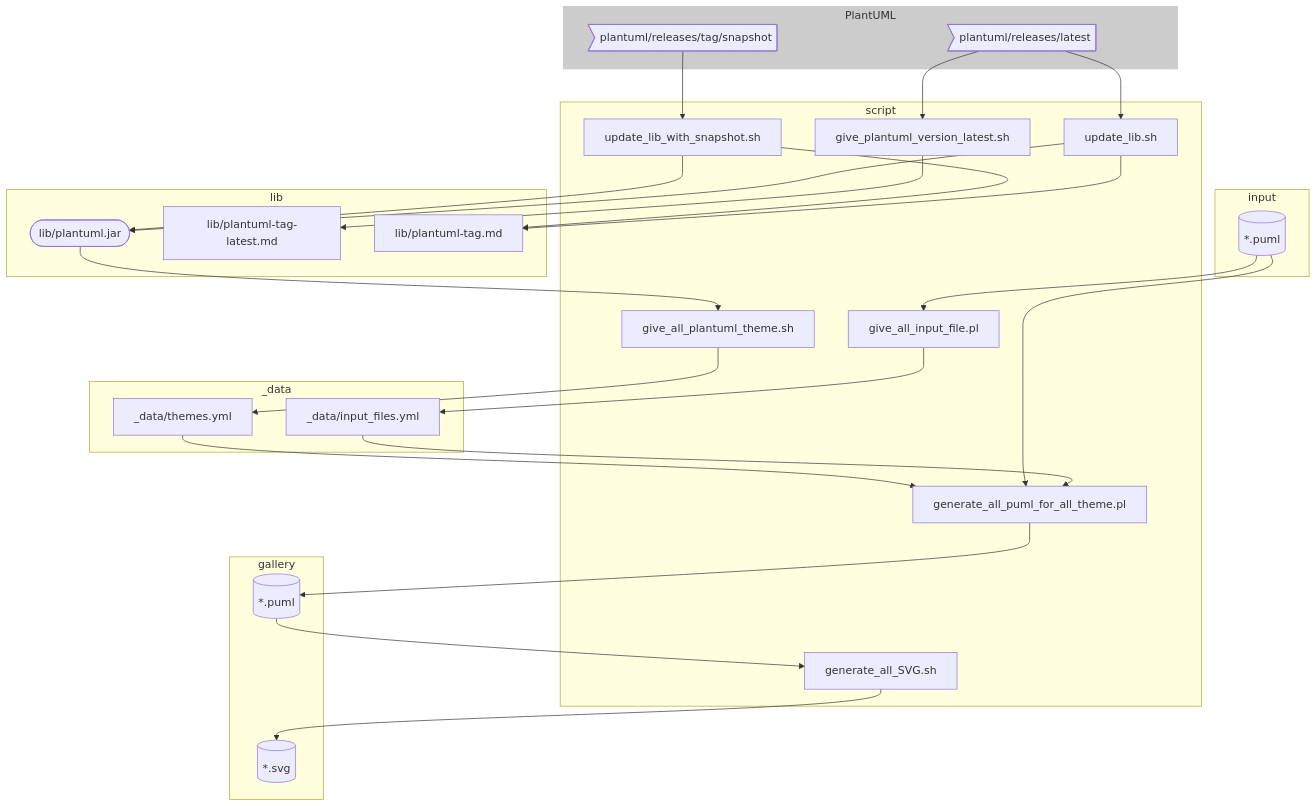
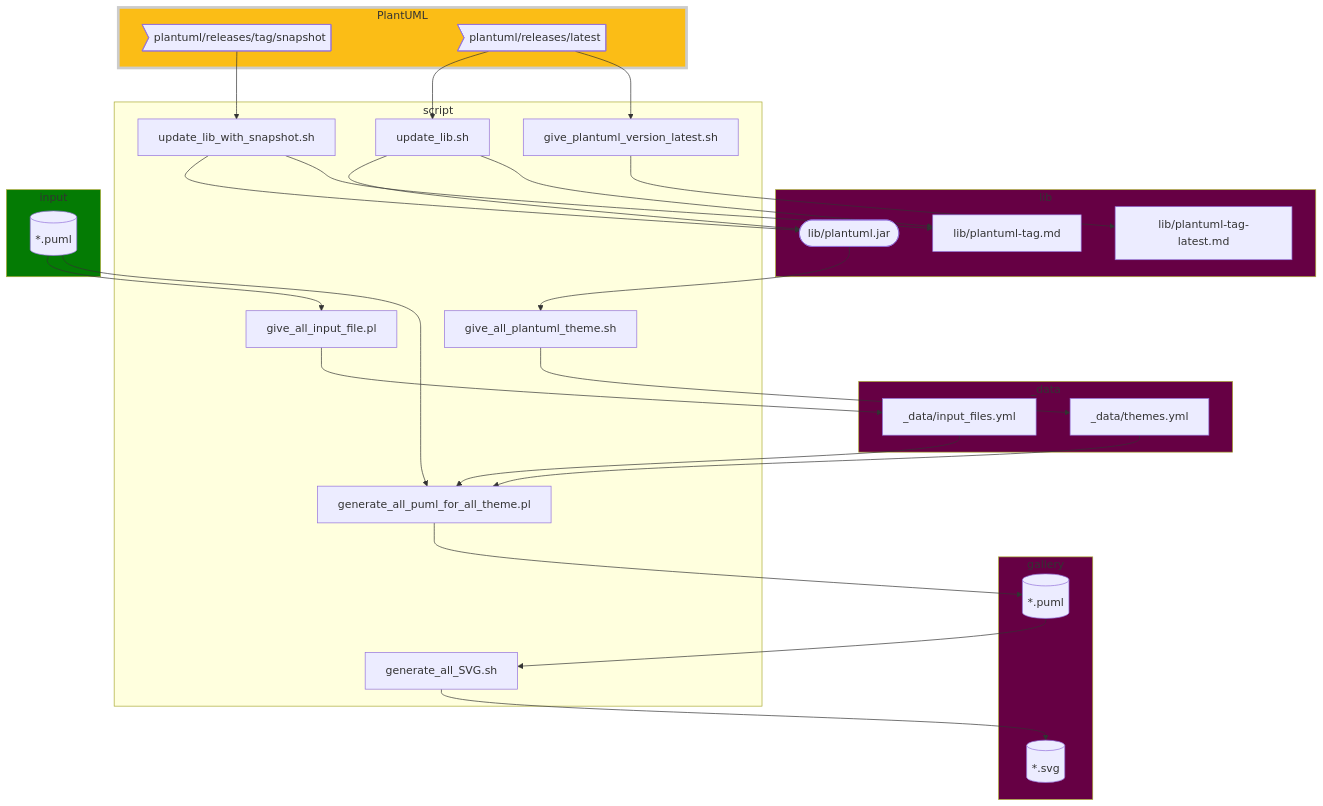
The first of 2 diagrams in script/readme.md (The-Lum/puml-themes-gallery), drawn with Mermaid before and after one commit. The commit also changed other lines of this file, not shown here.

Commit message:
Update readme.md
Add:
- color
- legend

````diff
--- a/script/readme.md
+++ b/script/readme.md
@@ -3,55 +3,58 @@
 ```mermaid
 flowchart TD
+
+subgraph lib
+b([lib/plantuml.jar])
+vl[lib/plantuml-tag-latest.md]
+v[lib/plantuml-tag.md]
+end
+
+subgraph _data
+at[_data/themes.yml]
+if[_data/input_files.yml]
+end
+
+subgraph gallery
+puml[(*.puml)]
+svg[(*.svg)]
+end
+
 
 subgraph script
 A[update_lib_with_snapshot.sh]
 B[update_lib.sh]
 VL[give_plantuml_version_latest.sh]
 AllTheme[give_all_plantuml_theme.sh]
 giveInput[give_all_input_file.pl]
 genPUML[generate_all_puml_for_all_theme.pl]
 genSVG[generate_all_SVG.sh]
 end
 
 subgraph input
 i[(*.puml)]
 end
 
-subgraph _data
-at[_data/themes.yml]
-if[_data/input_files.yml]
-end
 
 subgraph PlantUML
 s>plantuml/releases/tag/snapshot]
 r>plantuml/releases/latest]
 end
-style PlantUML fill:#ccc,stroke:#ccc,stroke-width:4px
-
-subgraph lib
-b([lib/plantuml.jar])
-vl[lib/plantuml-tag-latest.md]
-v[lib/plantuml-tag.md]
-end
-
-subgraph gallery
-puml[(*.puml)]
-svg[(*.svg)]
-end
+style PlantUML fill:#fbbd16,stroke:#ccc,stroke-width:4px
 
 s --> A --> b
 r --> B --> b
 
 r --> VL --> vl
-A --> v
-B --> v
+A & B --> v
 
 b --> AllTheme --> at
-
 i --> giveInput --> if
 
 puml --> genSVG --> svg
-at --> genPUML 
-i --> genPUML 
-if --> genPUML --> puml
+at & i & if --> genPUML --> puml
+
+style input fill:#047b04
+style lib fill:#660044
+style _data fill:#660044
+style gallery fill:#660044
 ```
````
